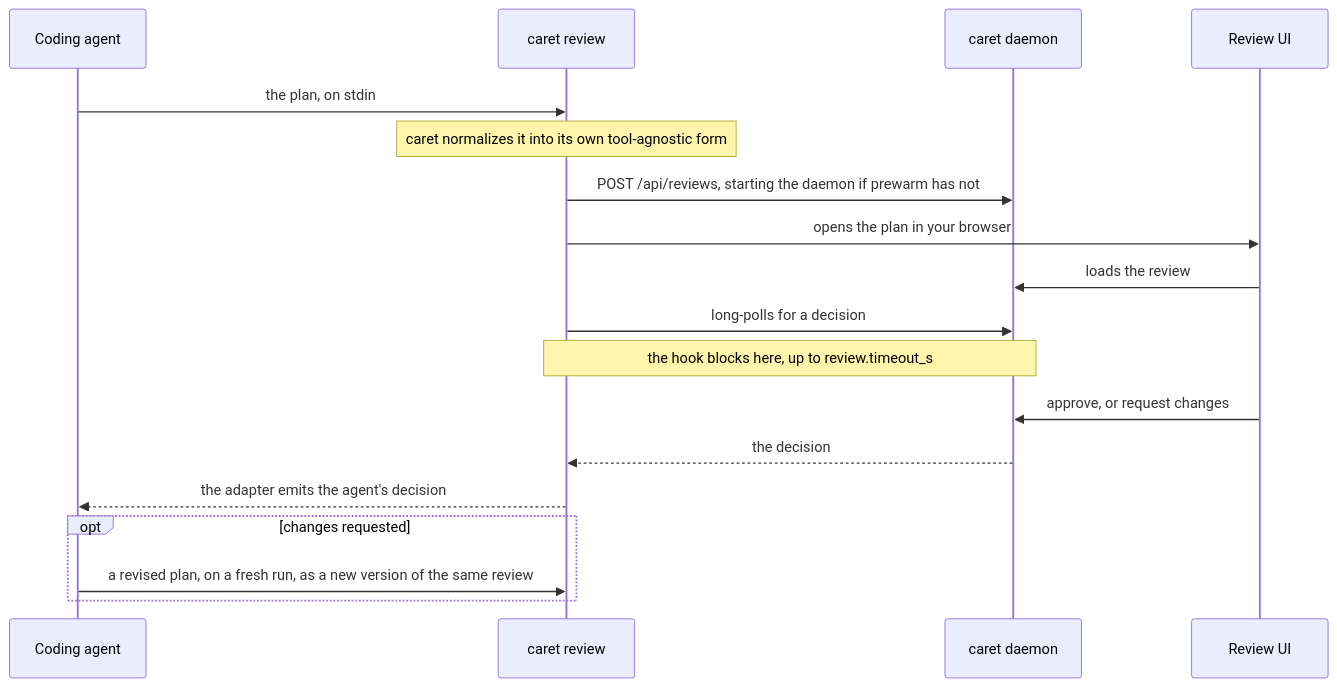
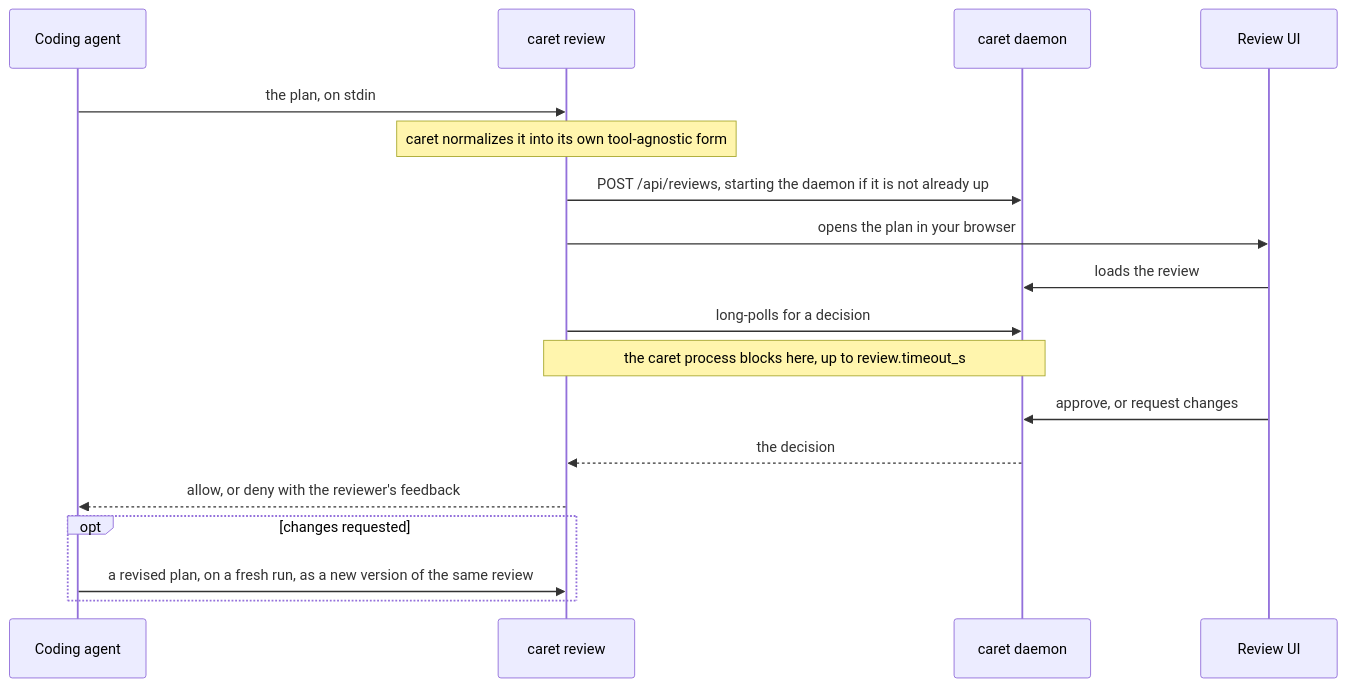
The diagram in doc/ARCHITECTURE.md (macintacos/caret), drawn with Mermaid before and after one commit. The commit also changed other lines of this file, not shown here.

First line of the commit message:
docs: correct the glob caveat and three diagram labels

````diff
--- a/doc/ARCHITECTURE.md
+++ b/doc/ARCHITECTURE.md
@@ -15,21 +15,21 @@
 ```mermaid
 sequenceDiagram
     participant A as Coding agent
     participant H as caret review
     participant D as caret daemon
     participant U as Review UI
 
     A->>H: the plan, on stdin
     Note over H: caret normalizes it into its own tool-agnostic form
-    H->>D: POST /api/reviews, starting the daemon if prewarm has not
+    H->>D: POST /api/reviews, starting the daemon if it is not already up
     H->>U: opens the plan in your browser
     U->>D: loads the review
     H->>D: long-polls for a decision
-    Note over H,D: the hook blocks here, up to review.timeout_s
+    Note over H,D: the caret process blocks here, up to review.timeout_s
     U->>D: approve, or request changes
     D-->>H: the decision
-    H-->>A: the adapter emits the agent's decision
+    H-->>A: allow, or deny with the reviewer's feedback
     opt changes requested
         A->>H: a revised plan, on a fresh run, as a new version of the same review
     end
 ```
````
